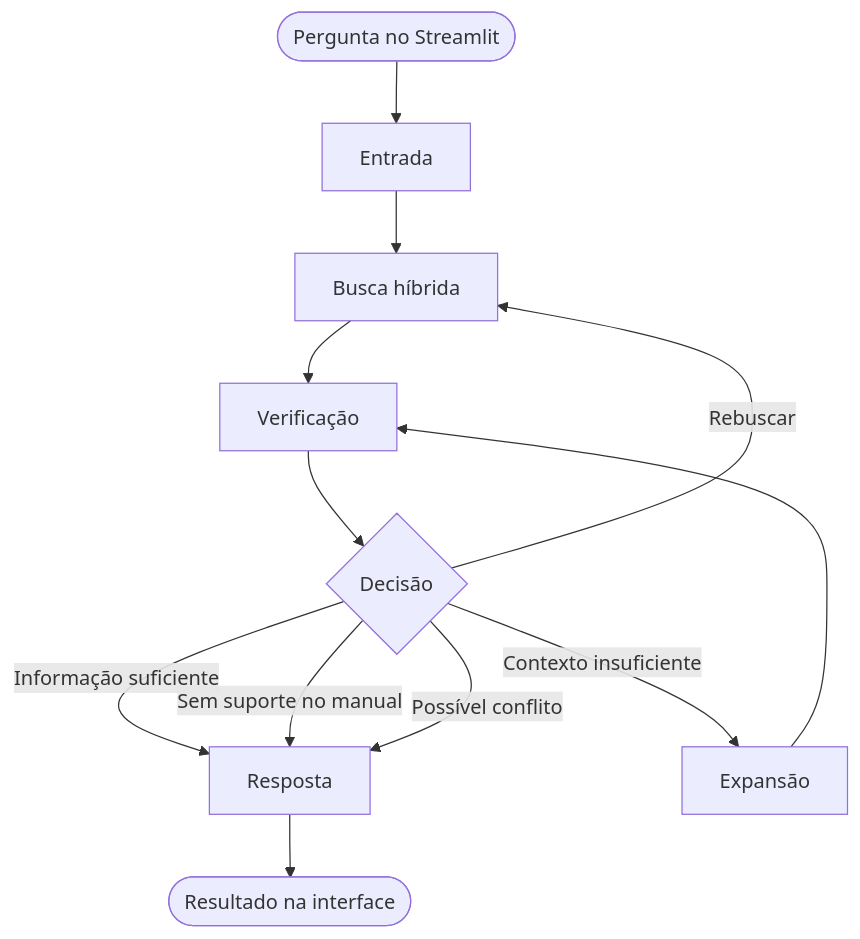
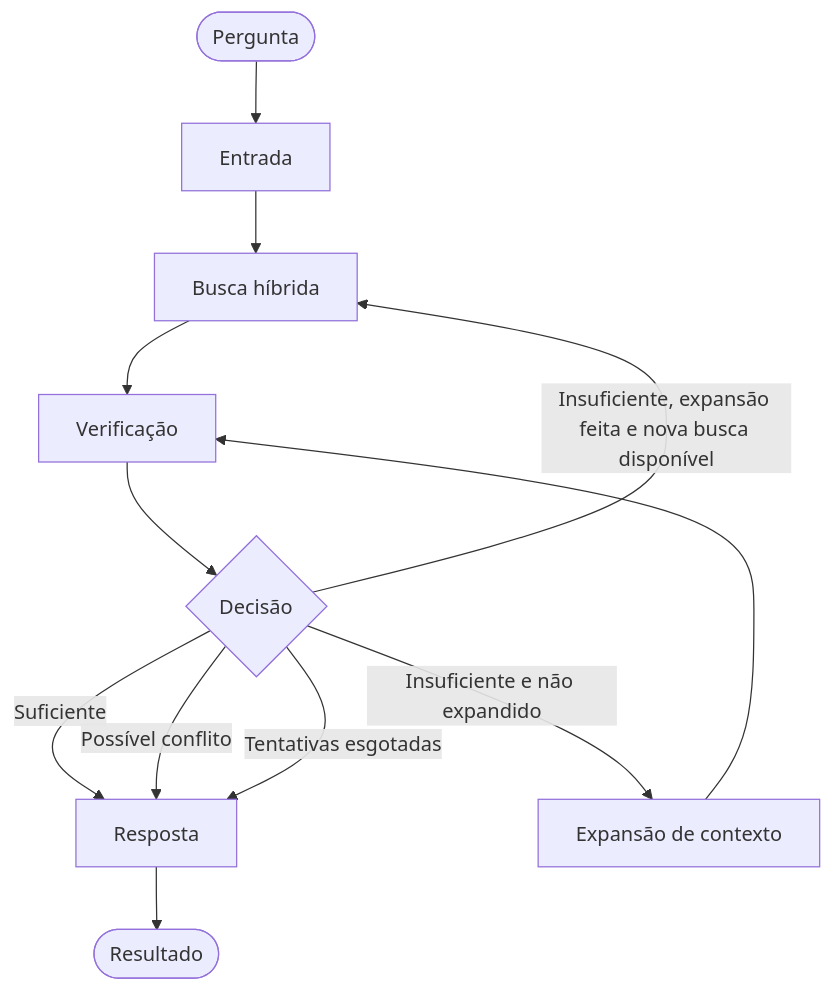
Before and after one commit to isjoaovictor/Frotas_manual: the second of 2 diagrams in src/README.md, drawn with Mermaid. The commit also changed other lines of this file, not shown here.

````diff
--- a/src/README.md
+++ b/src/README.md
@@ -53,14 +92,14 @@
 ```mermaid
 flowchart TD
-    A([Pergunta no Streamlit]) --> B[Entrada]
-    B --> C[Busca híbrida]
-    C --> D[Verificação]
-    D --> E{Decisão}
-    E -->|Informação suficiente| F[Resposta]
-    E -->|Contexto insuficiente| G[Expansão]
-    G --> D
-    E -->|Rebuscar| C
-    E -->|Sem suporte no manual| F
-    E -->|Possível conflito| F
-    F --> H([Resultado na interface])
+    START([Pergunta]) --> E[Entrada]
+    E --> B[Busca híbrida]
+    B --> V[Verificação]
+    V --> D{Decisão}
+    D -->|Suficiente| R[Resposta]
+    D -->|Insuficiente e não expandido| X[Expansão de contexto]
+    X --> V
+    D -->|Insuficiente, expansão feita e nova busca disponível| B
+    D -->|Possível conflito| R
+    D -->|Tentativas esgotadas| R
+    R --> END([Resultado])
 ```
````
